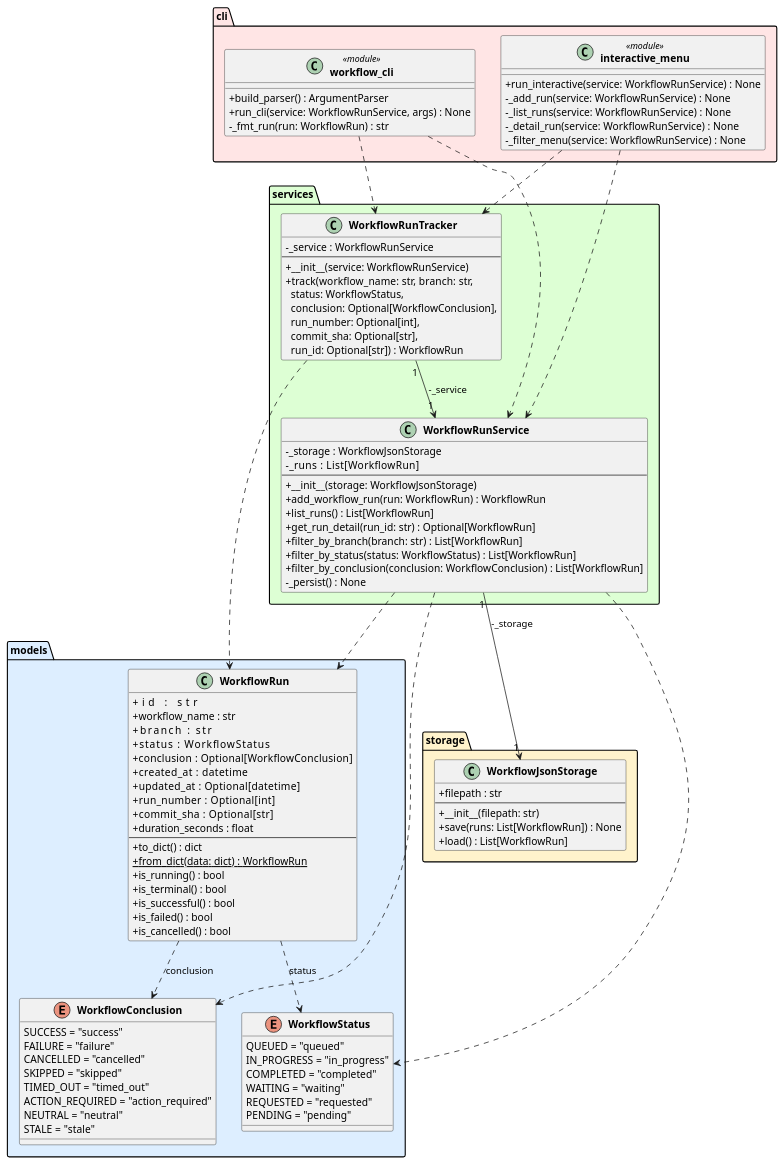
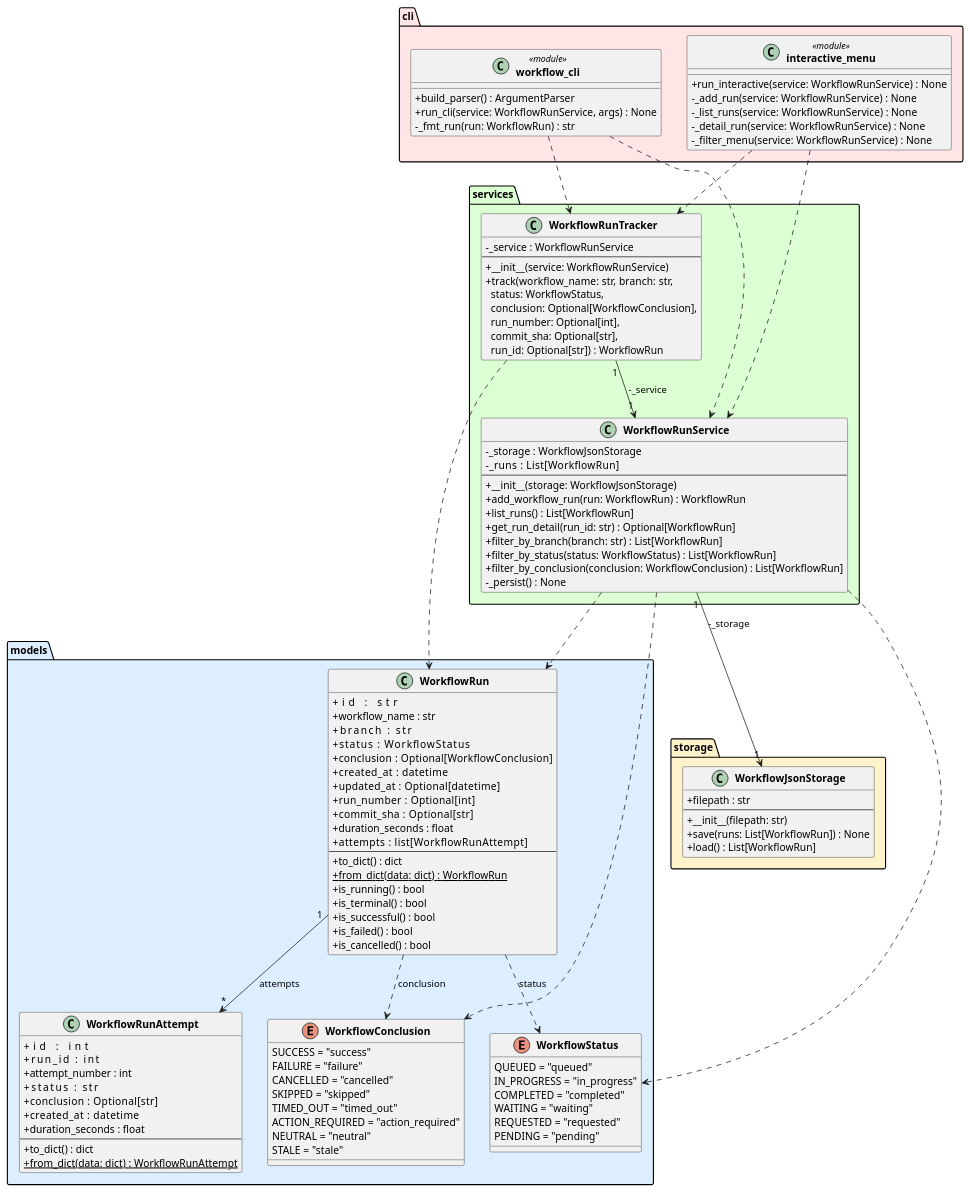
The diagram in experiments/broadcast/structured_text/github-workflow-manager/artifacts/class_diagram.puml (DanielRiha8906/Software_autoevolution_using_agents), drawn with PlantUML before and after one commit. The commit also changed 2 other files, not shown here.

Commit message:
task 03 | broadcast / structured_text / github-workflow-manager
- Create WorkflowRunAttempt class with required attributes
- Establish one-to-many relationship to WorkflowRun
- Implement serialization/deserialization with validation
- Include duration_seconds for attempt-specific timing
- Update class diagram to reflect new model
- All 60 tests passing

```diff
--- a/experiments/broadcast/structured_text/github-workflow-manager/artifacts/class_diagram.puml
+++ b/experiments/broadcast/structured_text/github-workflow-manager/artifacts/class_diagram.puml
@@ -1,111 +1,126 @@
 @startuml class_diagram
 
 skinparam classAttributeIconSize 0
 skinparam classFontStyle bold
 
 package "models" #DDEEFF {
     enum WorkflowStatus {
         QUEUED = "queued"
         IN_PROGRESS = "in_progress"
         COMPLETED = "completed"
         WAITING = "waiting"
         REQUESTED = "requested"
         PENDING = "pending"
     }
 
     enum WorkflowConclusion {
         SUCCESS = "success"
         FAILURE = "failure"
         CANCELLED = "cancelled"
         SKIPPED = "skipped"
         TIMED_OUT = "timed_out"
         ACTION_REQUIRED = "action_required"
         NEUTRAL = "neutral"
         STALE = "stale"
     }
 
     class WorkflowRun {
         +id            : str
         +workflow_name : str
         +branch        : str
         +status        : WorkflowStatus
         +conclusion    : Optional[WorkflowConclusion]
         +created_at    : datetime
         +updated_at    : Optional[datetime]
         +run_number    : Optional[int]
         +commit_sha    : Optional[str]
         +duration_seconds : float
+        +attempts      : list[WorkflowRunAttempt]
         --
         +to_dict() : dict
         +{static} from_dict(data: dict) : WorkflowRun
         +is_running() : bool
         +is_terminal() : bool
         +is_successful() : bool
         +is_failed() : bool
         +is_cancelled() : bool
+    }
+
+    class WorkflowRunAttempt {
+        +id            : int
+        +run_id        : int
+        +attempt_number : int
+        +status        : str
+        +conclusion    : Optional[str]
+        +created_at    : datetime
+        +duration_seconds : float
+        --
+        +to_dict() : dict
+        +{static} from_dict(data: dict) : WorkflowRunAttempt
     }
 }
 
 package "storage" #FFF3CC {
     class WorkflowJsonStorage {
         +filepath : str
         --
         +__init__(filepath: str)
         +save(runs: List[WorkflowRun]) : None
         +load() : List[WorkflowRun]
     }
 }
 
 package "services" #DDFFD4 {
     class WorkflowRunService {
         -_storage : WorkflowJsonStorage
         -_runs    : List[WorkflowRun]
         --
         +__init__(storage: WorkflowJsonStorage)
         +add_workflow_run(run: WorkflowRun) : WorkflowRun
         +list_runs() : List[WorkflowRun]
         +get_run_detail(run_id: str) : Optional[WorkflowRun]
         +filter_by_branch(branch: str) : List[WorkflowRun]
         +filter_by_status(status: WorkflowStatus) : List[WorkflowRun]
         +filter_by_conclusion(conclusion: WorkflowConclusion) : List[WorkflowRun]
         -_persist() : None
     }
 
     class WorkflowRunTracker {
         -_service : WorkflowRunService
         --
         +__init__(service: WorkflowRunService)
         +track(workflow_name: str, branch: str,\n  status: WorkflowStatus,\n  conclusion: Optional[WorkflowConclusion],\n  run_number: Optional[int],\n  commit_sha: Optional[str],\n  run_id: Optional[str]) : WorkflowRun
     }
 }
 
 package "cli" #FFE5E5 {
     class "workflow_cli" <<module>> {
         +build_parser() : ArgumentParser
         +run_cli(service: WorkflowRunService, args) : None
         -_fmt_run(run: WorkflowRun) : str
     }
 
     class "interactive_menu" <<module>> {
         +run_interactive(service: WorkflowRunService) : None
         -_add_run(service: WorkflowRunService) : None
         -_list_runs(service: WorkflowRunService) : None
         -_detail_run(service: WorkflowRunService) : None
         -_filter_menu(service: WorkflowRunService) : None
     }
 }
 
+WorkflowRun           "1" --> "*" WorkflowRunAttempt    : attempts
 WorkflowRun                ..>  WorkflowStatus        : status
 WorkflowRun                ..>  WorkflowConclusion    : conclusion
 WorkflowRunService    "1" --> "1" WorkflowJsonStorage : -_storage
 WorkflowRunService         ..>  WorkflowRun
 WorkflowRunService         ..>  WorkflowStatus
 WorkflowRunService         ..>  WorkflowConclusion
 WorkflowRunTracker    "1" --> "1" WorkflowRunService  : -_service
 WorkflowRunTracker         ..>  WorkflowRun
 "workflow_cli"             ..>  WorkflowRunService
 "workflow_cli"             ..>  WorkflowRunTracker
 "interactive_menu"         ..>  WorkflowRunService
 "interactive_menu"         ..>  WorkflowRunTracker
 
 @enduml
```
